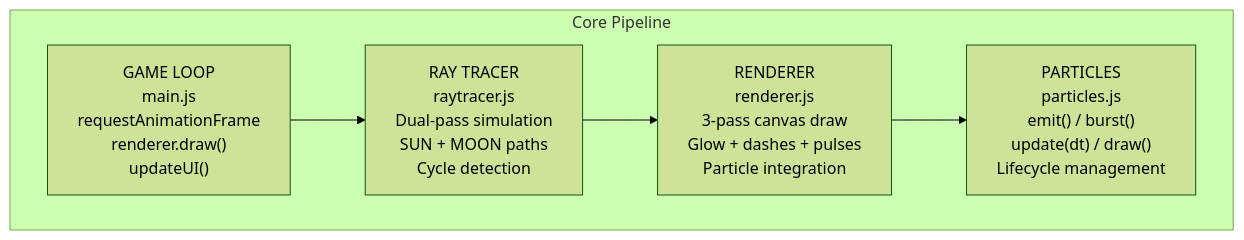
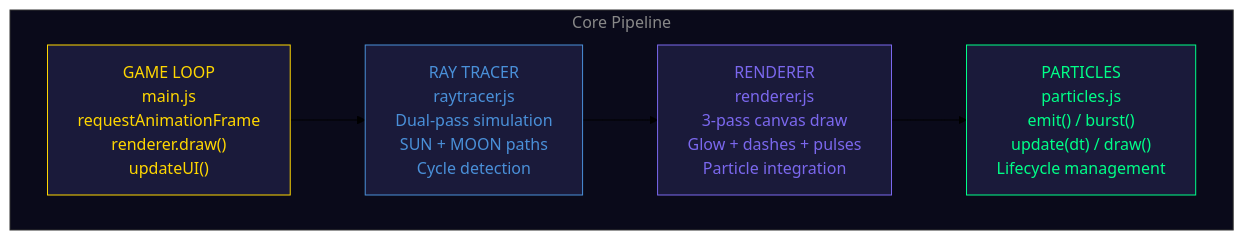
The first of 6 diagrams in README.md (jacksonvincent012-web/Solstice-Game), drawn with Mermaid (forest theme) before and after one commit. The commit also changed other lines of this file, not shown here.

Commit message:
Style Mermaid architecture diagrams with game-themed colors

````diff
--- a/README.md
+++ b/README.md
@@ -17,12 +17,18 @@
 ```mermaid
 flowchart LR
     subgraph Pipeline[Core Pipeline]
         direction LR
         GL["GAME LOOP<br>main.js<br>requestAnimationFrame<br>renderer.draw()<br>updateUI()"]
         RT["RAY TRACER<br>raytracer.js<br>Dual-pass simulation<br>SUN + MOON paths<br>Cycle detection"]
         RD["RENDERER<br>renderer.js<br>3-pass canvas draw<br>Glow + dashes + pulses<br>Particle integration"]
         PS["PARTICLES<br>particles.js<br>emit() / burst()<br>update(dt) / draw()<br>Lifecycle management"]
     end
 
     GL --> RT --> RD --> PS
+
+    style GL fill:#1a1a3a,stroke:#ffd700,color:#ffd700
+    style RT fill:#1a1a3a,stroke:#4a90d9,color:#4a90d9
+    style RD fill:#1a1a3a,stroke:#7b68ee,color:#7b68ee
+    style PS fill:#1a1a3a,stroke:#00ff88,color:#00ff88
+    style Pipeline fill:#0a0a1a,stroke:#333,color:#888
 ```
````
